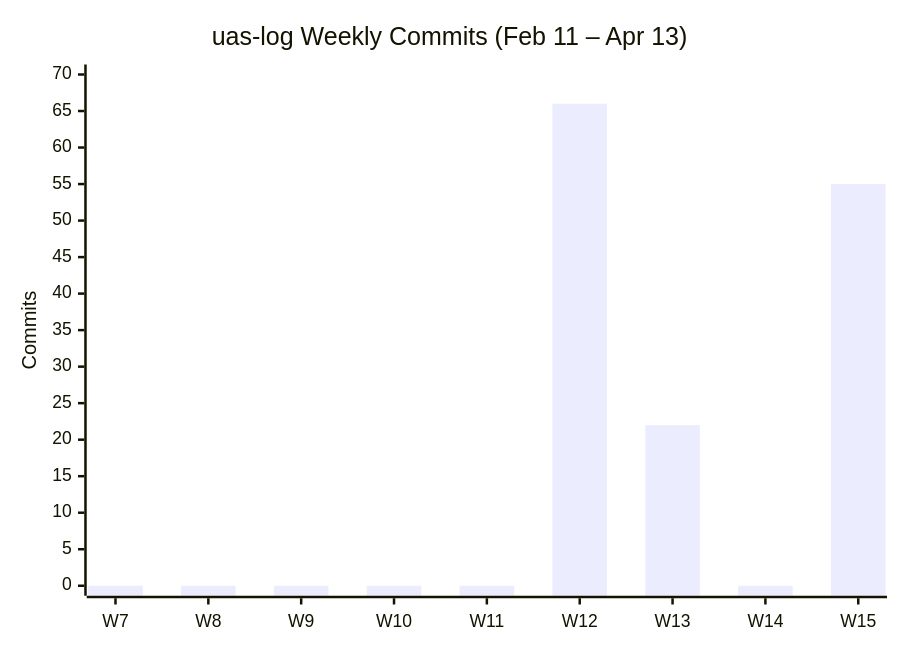
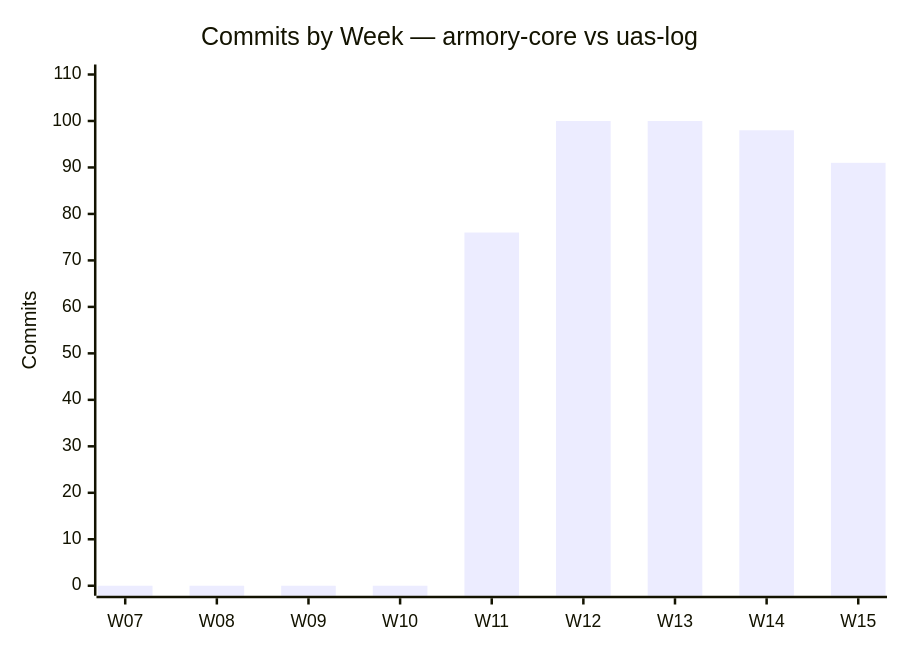
Before and after one commit to fusion94/fusion94: the third of 3 diagrams in code-stats.md, drawn with Mermaid. The commit also changed other lines of this file, not shown here.

First line of the commit message:
docs: full code-stats report Dec 30 2025 – Apr 13 2026

````diff
--- a/code-stats.md
+++ b/code-stats.md
@@ -58,7 +94,7 @@
 ```mermaid
 xychart-beta
-  title "uas-log Weekly Commits (Feb 11 – Apr 13)"
-  x-axis ["W7", "W8", "W9", "W10", "W11", "W12", "W13", "W14", "W15"]
-  y-axis "Commits" 0 --> 70
-  bar [0, 0, 0, 0, 0, 66, 22, 0, 55]
+  title "Commits by Week — armory-core vs uas-log"
+  x-axis ["W07", "W08", "W09", "W10", "W11", "W12", "W13", "W14", "W15"]
+  y-axis "Commits" 0 --> 110
+  bar [0, 0, 0, 0, 76, 100, 100, 98, 91]
 ```
````
